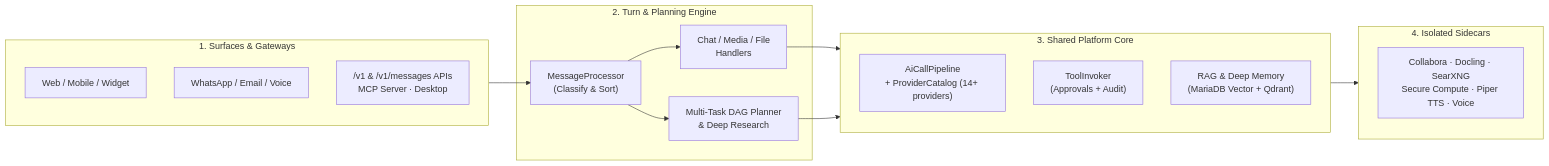
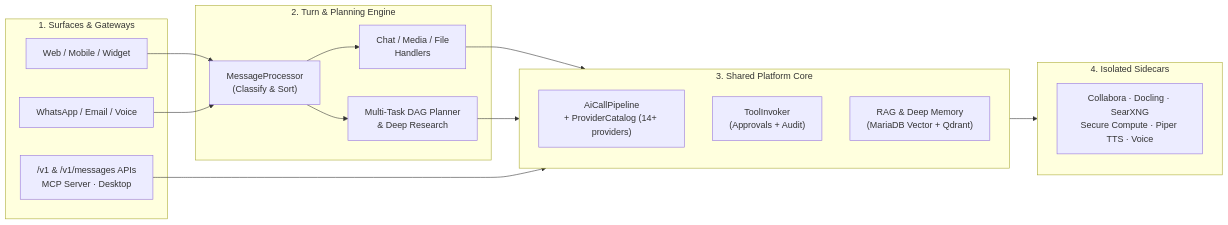
Before and after one commit to metadist/synaplan: the diagram in docs/README.md, drawn with Mermaid. The commit also changed other lines of this file and 4 other files, not shown here.

Commit message:
docs: clarify gateway routing, media describe flow, WebRTC path, and smart email domains

````diff
--- a/docs/README.md
+++ b/docs/README.md
@@ -14,31 +14,33 @@
 ```mermaid
 flowchart LR
     subgraph Surfaces["1. Surfaces & Gateways"]
         UI["Web / Mobile / Widget"]
         Msg["WhatsApp / Email / Voice"]
         GW["/v1 & /v1/messages APIs\nMCP Server · Desktop"]
     end
 
     subgraph Engine["2. Turn & Planning Engine"]
         MP["MessageProcessor\n(Classify & Sort)"]
         CH["Chat / Media / File\nHandlers"]
         DAG["Multi-Task DAG Planner\n& Deep Research"]
     end
 
     subgraph Core["3. Shared Platform Core"]
         AI["AiCallPipeline\n+ ProviderCatalog (14+ providers)"]
         TI["ToolInvoker\n(Approvals + Audit)"]
         KB["RAG & Deep Memory\n(MariaDB Vector + Qdrant)"]
     end
 
     subgraph Sidecars["4. Isolated Sidecars"]
         SC["Collabora · Docling · SearXNG\nSecure Compute · Piper TTS · Voice"]
     end
 
-    Surfaces --> MP
+    UI --> MP
+    Msg --> MP
     MP --> CH
     MP --> DAG
     CH --> Core
     DAG --> Core
+    GW --> Core
     Core --> Sidecars
 ```
````
